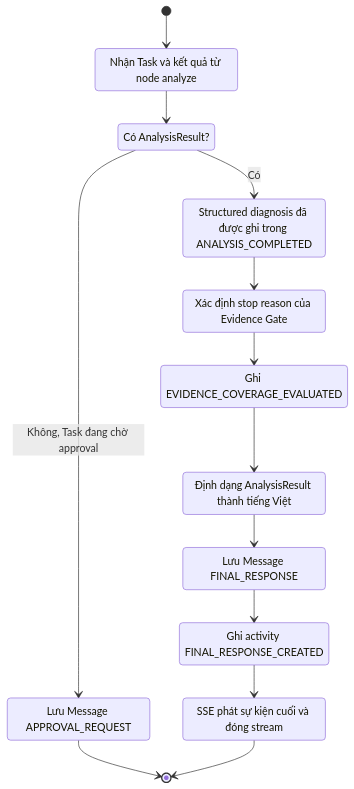
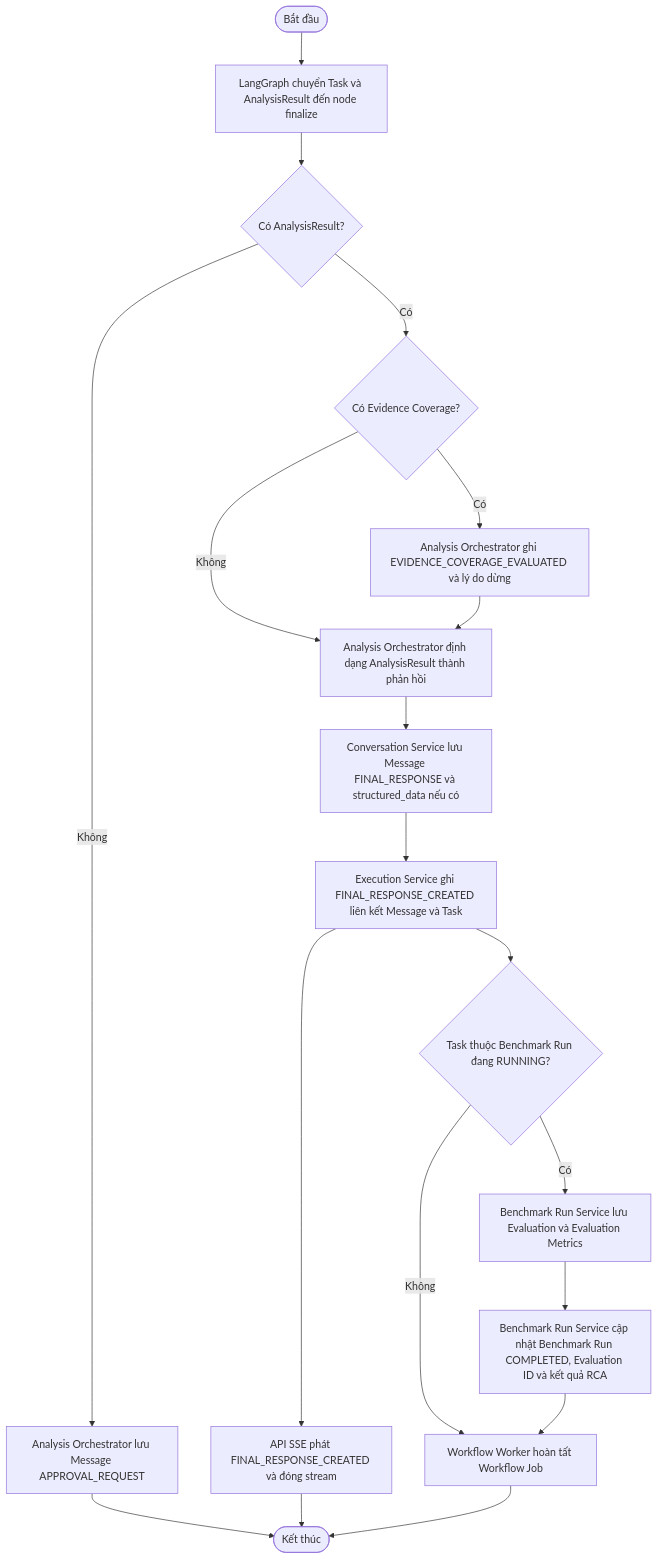
Before and after one commit to mujin0422/network-multi-agent-system-backend: the ninth of 12 diagrams in docs/reports/report-end-of-term.md, drawn with Mermaid. The commit also changed other lines of this file, not shown here.

Commit message:
docs(diagrams): rewrite 3.6.2–3.6.6 as actor-verb-object activity flows with yes/no decisions

````diff
--- a/docs/reports/report-end-of-term.md
+++ b/docs/reports/report-end-of-term.md
@@ -1251,27 +1196,21 @@
 ```mermaid
-stateDiagram-v2
-    state "Nhận Task và kết quả từ node analyze" as A
-    state "Có AnalysisResult?" as B
-    state B <<choice>>
-    state "Lưu Message APPROVAL_REQUEST" as C
-    state "Structured diagnosis đã được ghi trong ANALYSIS_COMPLETED" as H
-    state "Xác định stop reason của Evidence Gate" as D
-    state "Ghi EVIDENCE_COVERAGE_EVALUATED" as E
-    state "Định dạng AnalysisResult thành tiếng Việt" as F
-    state "Lưu Message FINAL_RESPONSE" as G
-    state "Ghi activity FINAL_RESPONSE_CREATED" as I
-    state "SSE phát sự kiện cuối và đóng stream" as J
-
-    [*] --> A
-    A --> B
-    B --> C: Không, Task đang chờ approval
-    C --> [*]
-    B --> H: Có
-    H --> D
-    D --> E
-    E --> F
-    F --> G
-    G --> I
-    I --> J
-    J --> [*]
+flowchart TD
+    S([Bắt đầu]) --> A["LangGraph chuyển Task và AnalysisResult đến node finalize"]
+    A --> D1{"Có AnalysisResult?"}
+    D1 -->|Không| B["Analysis Orchestrator lưu Message APPROVAL_REQUEST"]
+    B --> E([Kết thúc])
+    D1 -->|Có| D2{"Có Evidence Coverage?"}
+    D2 -->|Có| C["Analysis Orchestrator ghi EVIDENCE_COVERAGE_EVALUATED và lý do dừng"]
+    D2 -->|Không| D["Analysis Orchestrator định dạng AnalysisResult thành phản hồi"]
+    C --> D
+    D --> F["Conversation Service lưu Message FINAL_RESPONSE và structured_data nếu có"]
+    F --> G["Execution Service ghi FINAL_RESPONSE_CREATED liên kết Message và Task"]
+    G --> H["API SSE phát FINAL_RESPONSE_CREATED và đóng stream"]
+    H --> E
+    G --> D3{"Task thuộc Benchmark Run đang RUNNING?"}
+    D3 -->|Không| I["Workflow Worker hoàn tất Workflow Job"]
+    D3 -->|Có| J["Benchmark Run Service lưu Evaluation và Evaluation Metrics"]
+    J --> K["Benchmark Run Service cập nhật Benchmark Run COMPLETED, Evaluation ID và kết quả RCA"]
+    K --> I
+    I --> E
 ```
````
